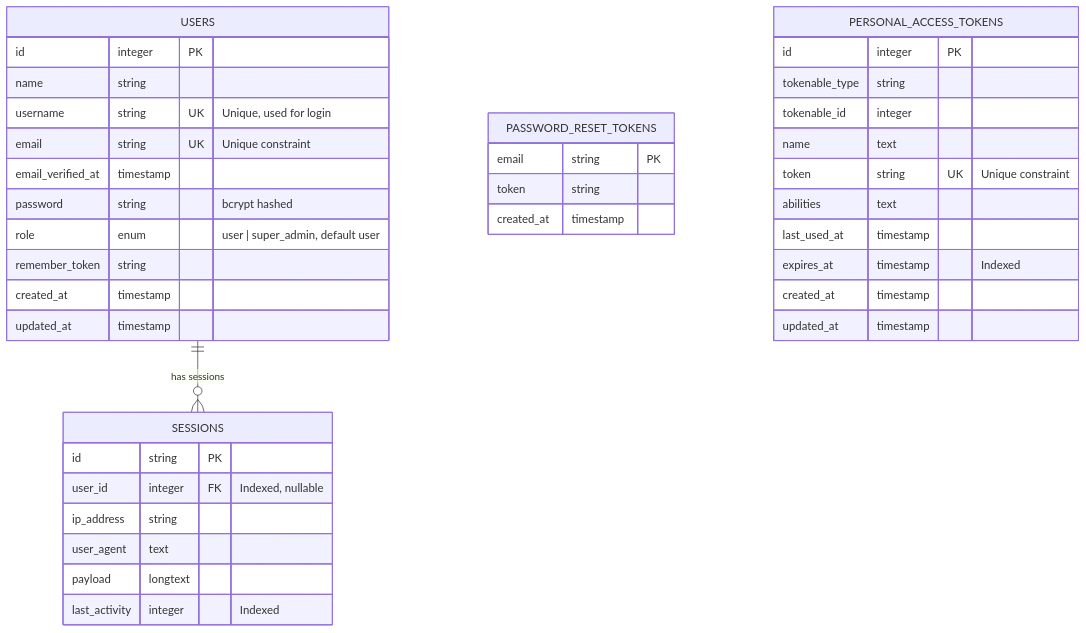
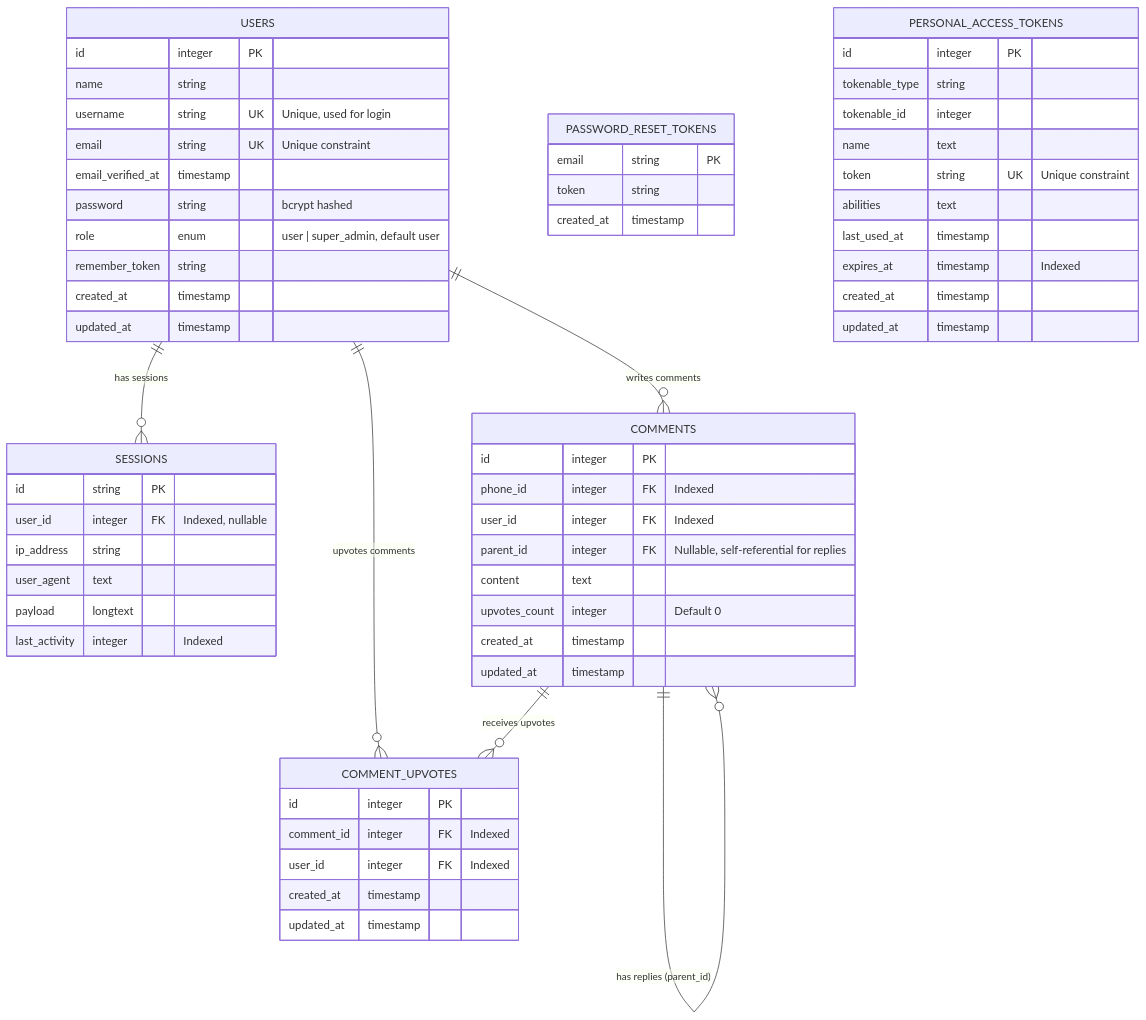
The second of 3 diagrams in docs/er_diagram.md (abhay-byte/phone_finder_hub), drawn with Mermaid before and after one commit. The commit also changed 20 other files, not shown here.

````diff
--- a/docs/er_diagram.md
+++ b/docs/er_diagram.md
@@ -189,45 +189,69 @@
 ```mermaid
 erDiagram
     USERS {
         id integer PK
         name string
         username string UK "Unique, used for login"
         email string UK "Unique constraint"
         email_verified_at timestamp
         password string "bcrypt hashed"
         role enum "user | super_admin, default user"
         remember_token string
         created_at timestamp
         updated_at timestamp
     }
 
     PASSWORD_RESET_TOKENS {
         email string PK
         token string
         created_at timestamp
     }
 
     SESSIONS {
         id string PK
         user_id integer FK "Indexed, nullable"
         ip_address string
         user_agent text
         payload longtext
         last_activity integer "Indexed"
     }
 
     PERSONAL_ACCESS_TOKENS {
         id integer PK
         tokenable_type string
         tokenable_id integer
         name text
         token string UK "Unique constraint"
         abilities text
         last_used_at timestamp
         expires_at timestamp "Indexed"
         created_at timestamp
         updated_at timestamp
     }
 
     USERS ||--o{ SESSIONS : "has sessions"
+    USERS ||--o{ COMMENTS : "writes comments"
+    USERS ||--o{ COMMENT_UPVOTES : "upvotes comments"
+
+    COMMENTS {
+        id integer PK
+        phone_id integer FK "Indexed"
+        user_id integer FK "Indexed"
+        parent_id integer FK "Nullable, self-referential for replies"
+        content text
+        upvotes_count integer "Default 0"
+        created_at timestamp
+        updated_at timestamp
+    }
+
+    COMMENT_UPVOTES {
+        id integer PK
+        comment_id integer FK "Indexed"
+        user_id integer FK "Indexed"
+        created_at timestamp
+        updated_at timestamp
+    }
+
+    COMMENTS ||--o{ COMMENTS : "has replies (parent_id)"
+    COMMENTS ||--o{ COMMENT_UPVOTES : "receives upvotes"
 ```
````
